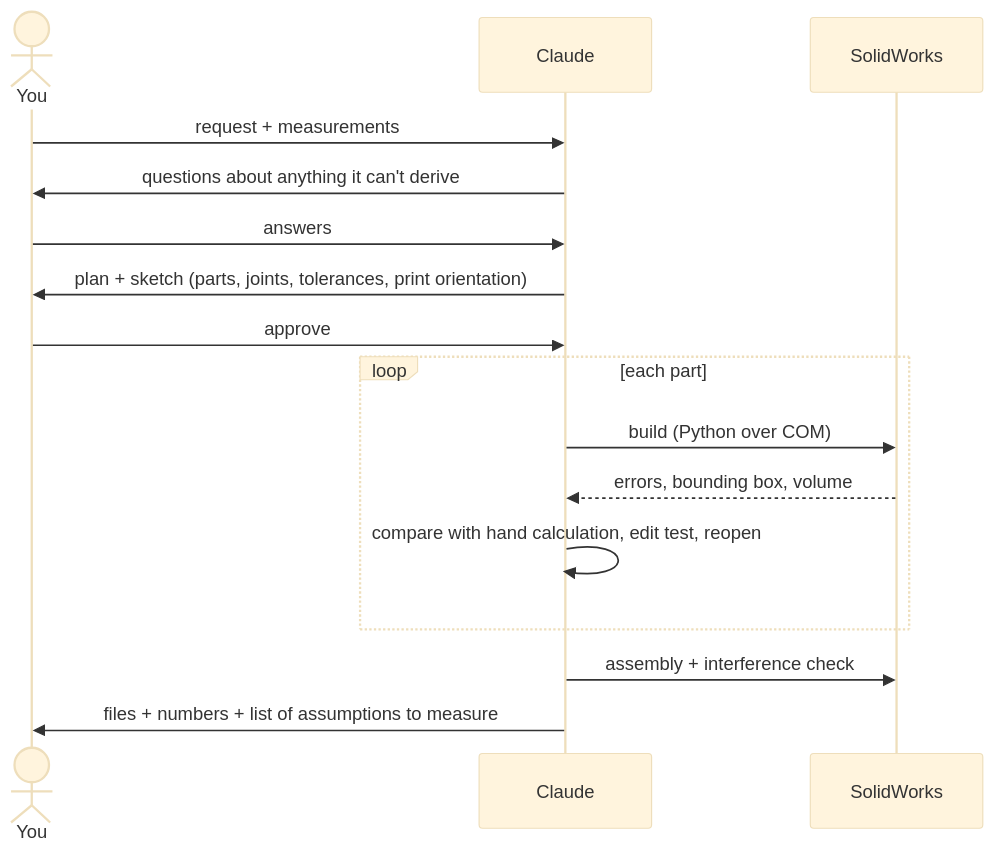
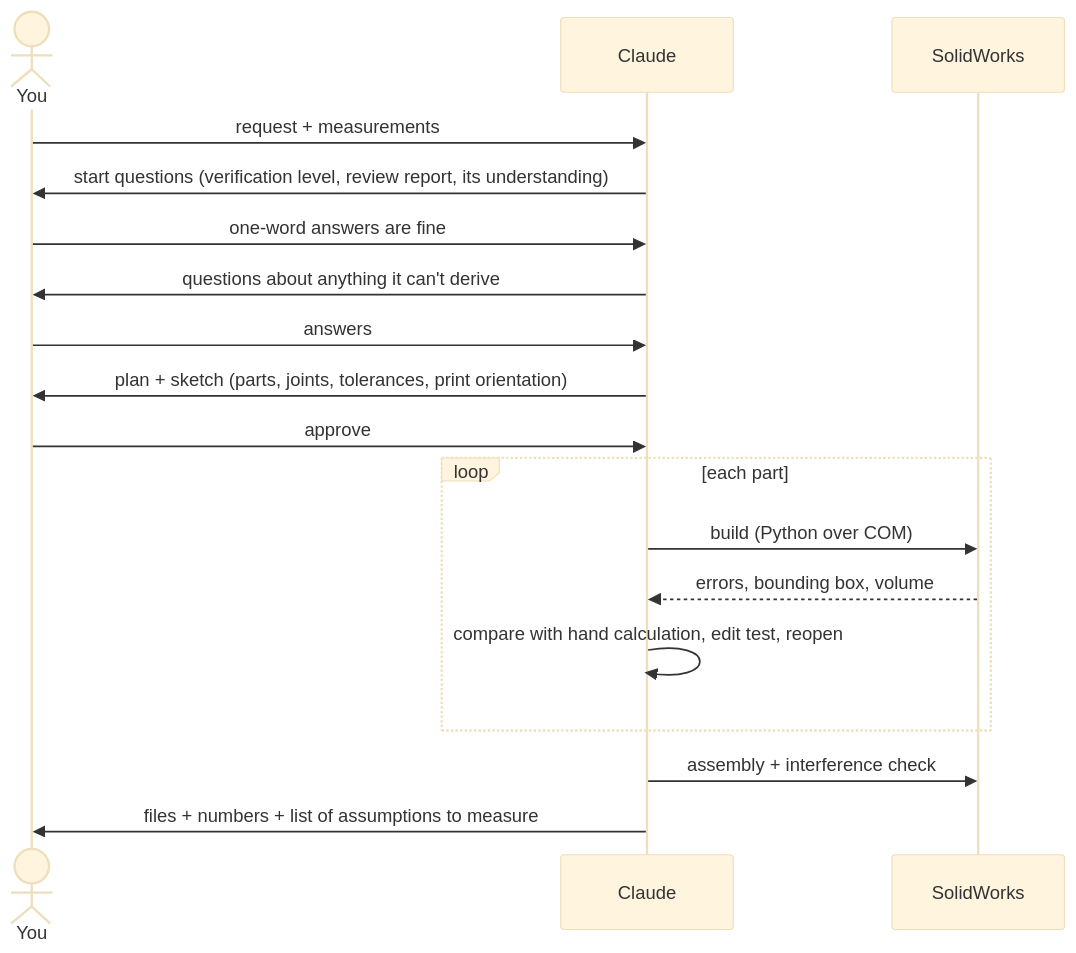
The second of 2 diagrams in docs/getting-started.md (YanirBarHazan/Claude-solidworks-pro), drawn with Mermaid (base theme) before and after one commit. The commit also changed other lines of this file and 19 other files, not shown here.

First line of the commit message:
v2.3: one-line install, the Claude tab opens by itself, start questions every session

````diff
--- a/docs/getting-started.md
+++ b/docs/getting-started.md
@@ -94,18 +64,20 @@
 ```mermaid
 sequenceDiagram
     actor You
     participant Claude
     participant SW as SolidWorks
     You->>Claude: request + measurements
+    Claude->>You: start questions (verification level, review report, its understanding)
+    You->>Claude: one-word answers are fine
     Claude->>You: questions about anything it can't derive
     You->>Claude: answers
     Claude->>You: plan + sketch (parts, joints, tolerances, print orientation)
     You->>Claude: approve
     loop each part
         Claude->>SW: build (Python over COM)
         SW-->>Claude: errors, bounding box, volume
         Claude->>Claude: compare with hand calculation, edit test, reopen
     end
     Claude->>SW: assembly + interference check
     Claude->>You: files + numbers + list of assumptions to measure
 ```
````
